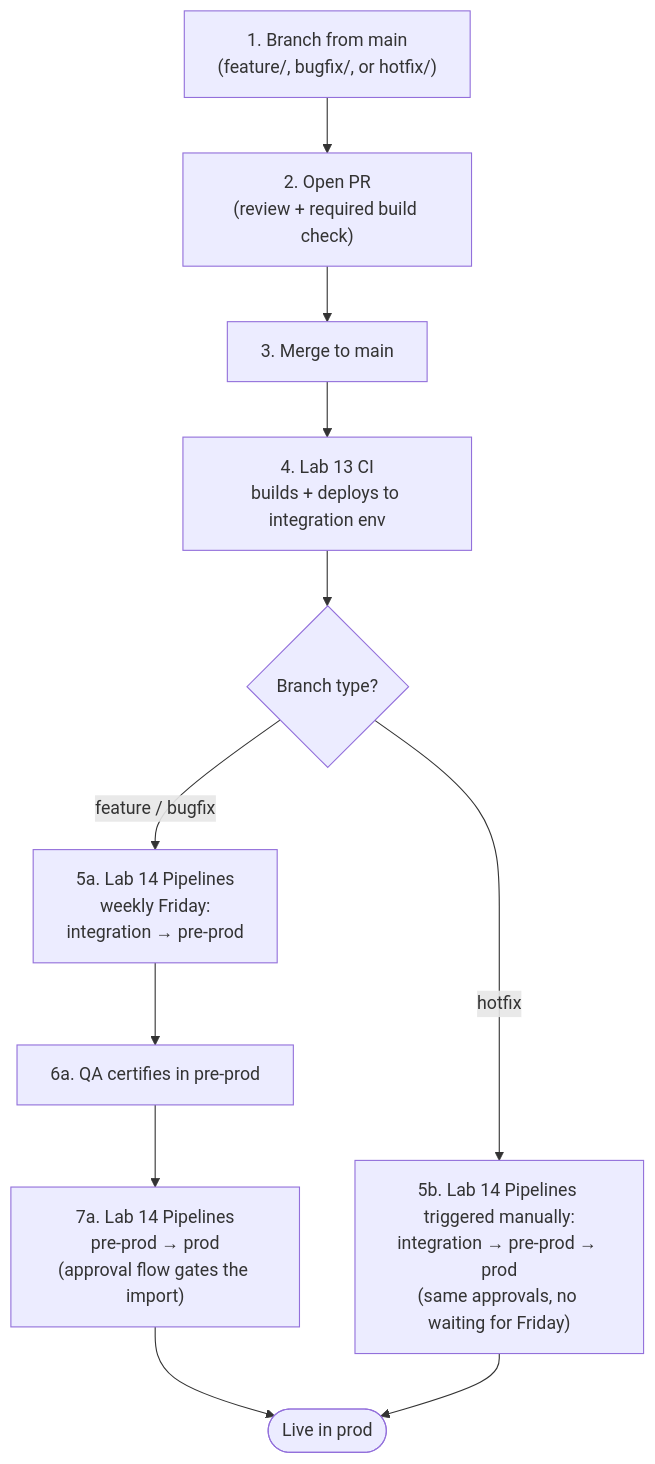
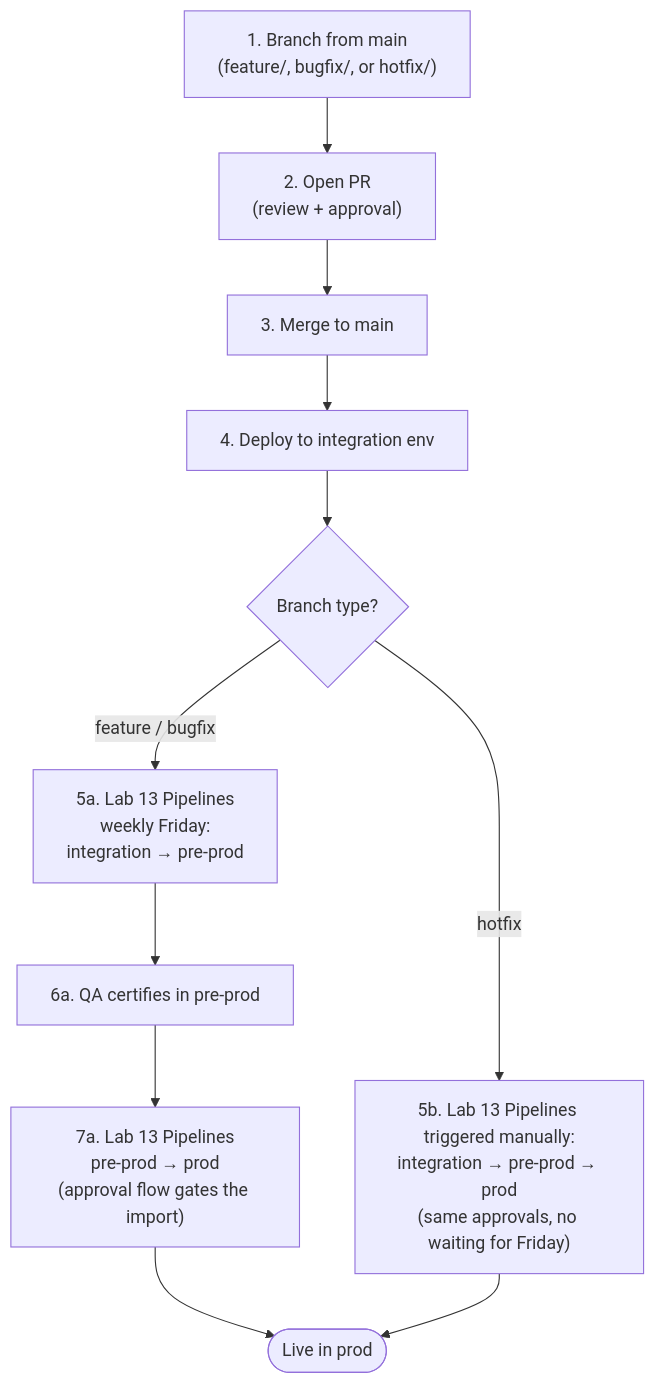
The second of 2 diagrams in docs/alm/12-branching-and-workflows.md (neerajnandwana-msft/powerpages-lab), drawn with Mermaid before and after one commit. The commit also changed other lines of this file and 25 other files, not shown here.

````diff
--- a/docs/alm/12-branching-and-workflows.md
+++ b/docs/alm/12-branching-and-workflows.md
@@ -363,17 +363,17 @@
 ```mermaid
 flowchart TD
     Branch["1. Branch from main<br/>(feature/, bugfix/, or hotfix/)"]
-    PR["2. Open PR<br/>(review + required build check)"]
+    PR["2. Open PR<br/>(review + approval)"]
     Merge["3. Merge to main"]
-    GHA["4. Lab 13 CI<br/>builds + deploys to integration env"]
+    GHA["4. Deploy to integration env"]
     Trigger{Branch type?}
-    Weekly["5a. Lab 14 Pipelines<br/>weekly Friday:<br/>integration → pre-prod"]
+    Weekly["5a. Lab 13 Pipelines<br/>weekly Friday:<br/>integration → pre-prod"]
     QA["6a. QA certifies in pre-prod"]
-    ProdApproval["7a. Lab 14 Pipelines<br/>pre-prod → prod<br/>(approval flow gates the import)"]
-    HotfixManual["5b. Lab 14 Pipelines triggered manually:<br/>integration → pre-prod → prod<br/>(same approvals, no waiting for Friday)"]
+    ProdApproval["7a. Lab 13 Pipelines<br/>pre-prod → prod<br/>(approval flow gates the import)"]
+    HotfixManual["5b. Lab 13 Pipelines triggered manually:<br/>integration → pre-prod → prod<br/>(same approvals, no waiting for Friday)"]
     Live(["Live in prod"])
 
     Branch --> PR --> Merge --> GHA --> Trigger
     Trigger -->|"feature / bugfix"| Weekly --> QA --> ProdApproval --> Live
     Trigger -->|hotfix| HotfixManual --> Live
 ```
````
